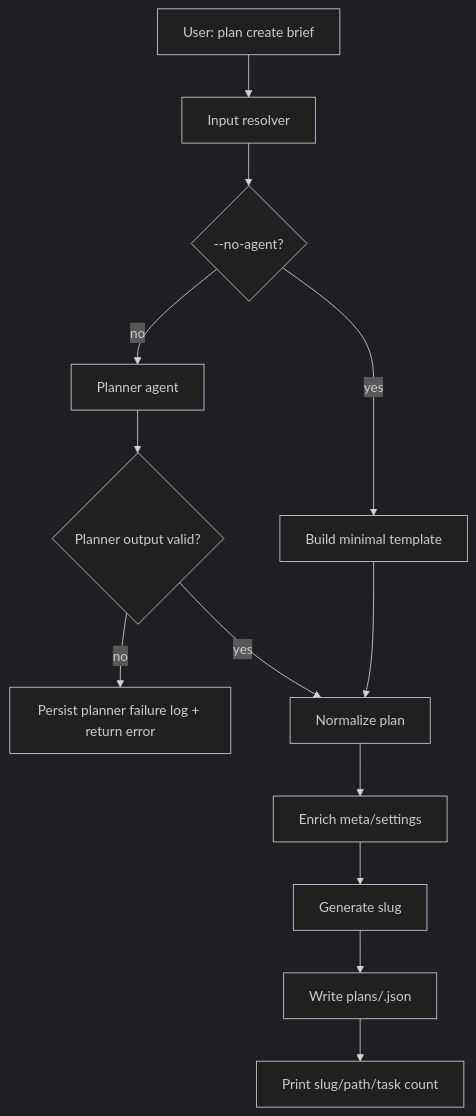
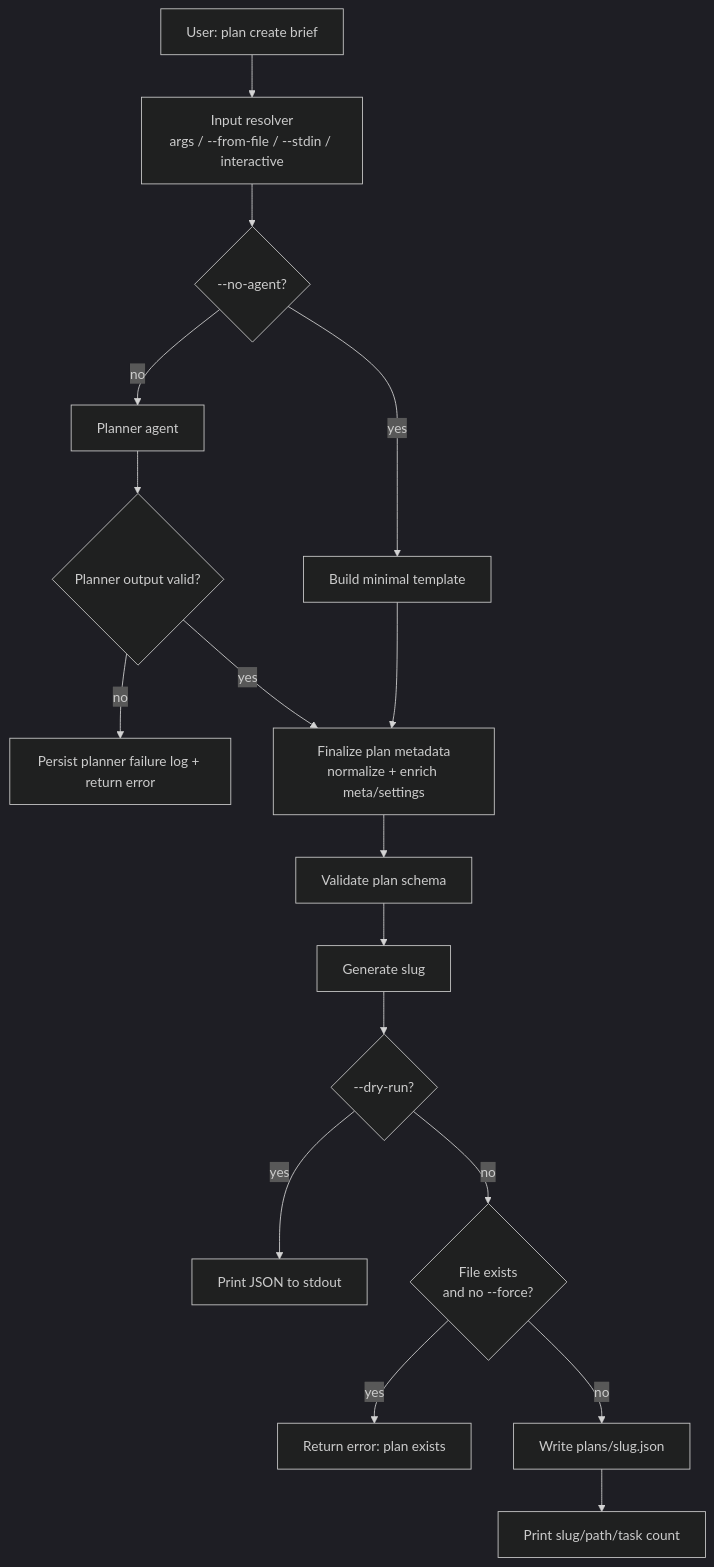
Before and after one commit to opus-domini/praetor: the second of 8 diagrams in docs/orchestration.md, drawn with Mermaid. The commit also changed other lines of this file and 1 other file, not shown here.

First line of the commit message:
fix: correct all orchestration diagrams against actual implementation

````diff
--- a/docs/orchestration.md
+++ b/docs/orchestration.md
@@ -219,19 +221,23 @@
 ```mermaid
 ---
 config:
   theme: dark
 ---
 flowchart TD
-    A[User: plan create brief] --> B[Input resolver]
+    A[User: plan create brief] --> B[Input resolver<br>args / --from-file / --stdin / interactive]
     B --> C{--no-agent?}
     C -- yes --> D[Build minimal template]
     C -- no --> E[Planner agent]
     E --> F{Planner output valid?}
     F -- no --> G[Persist planner failure log + return error]
-    F -- yes --> H[Normalize plan]
+    F -- yes --> H[Finalize plan metadata<br>normalize + enrich meta/settings]
     D --> H
-    H --> I[Enrich meta/settings]
+    H --> I[Validate plan schema]
     I --> J[Generate slug]
-    J --> K[Write plans/<slug>.json]
-    K --> L[Print slug/path/task count]
+    J --> K{--dry-run?}
+    K -- yes --> L[Print JSON to stdout]
+    K -- no --> M{File exists<br>and no --force?}
+    M -- yes --> N[Return error: plan exists]
+    M -- no --> O[Write plans/slug.json]
+    O --> P[Print slug/path/task count]
 ```
````
